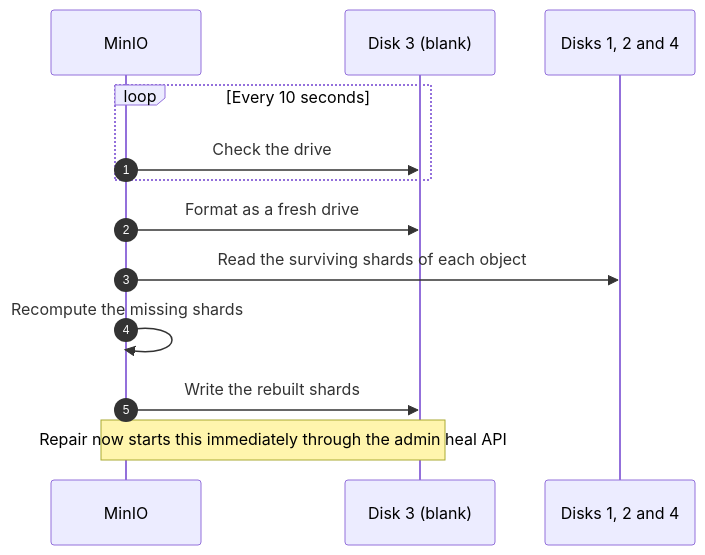
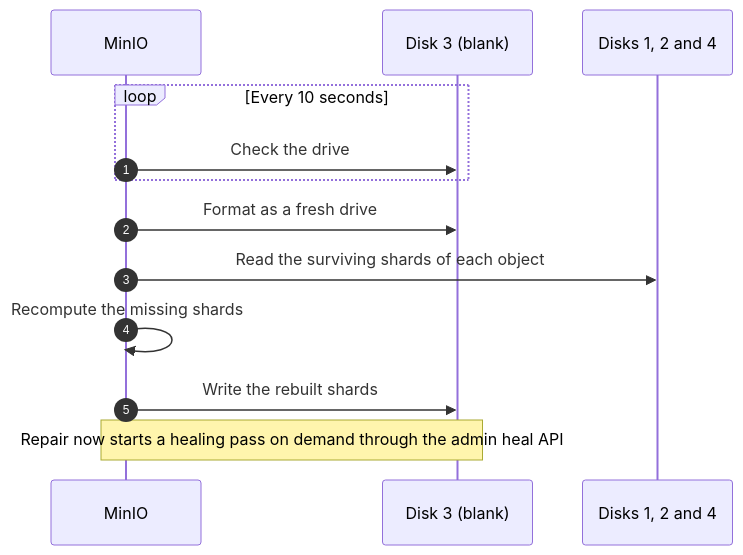
One commit to SmritiSinha-03/ShardVault changed the third of 4 diagrams in README.md. Above: the diagram before and after it, drawn with Mermaid. The commit also changed other lines of this file, not shown here.

````diff
--- a/README.md
+++ b/README.md
@@ -137,15 +139,15 @@
 ```mermaid
 sequenceDiagram
     autonumber
     participant M as MinIO
     participant N as Disk 3 (blank)
     participant O as Disks 1, 2 and 4
     loop Every 10 seconds
         M->>N: Check the drive
     end
     M->>N: Format as a fresh drive
     M->>O: Read the surviving shards of each object
     M->>M: Recompute the missing shards
     M->>N: Write the rebuilt shards
-    Note over M,N: Repair now starts this immediately through the admin heal API
+    Note over M,N: Repair now starts a healing pass on demand through the admin heal API
 ```
````
